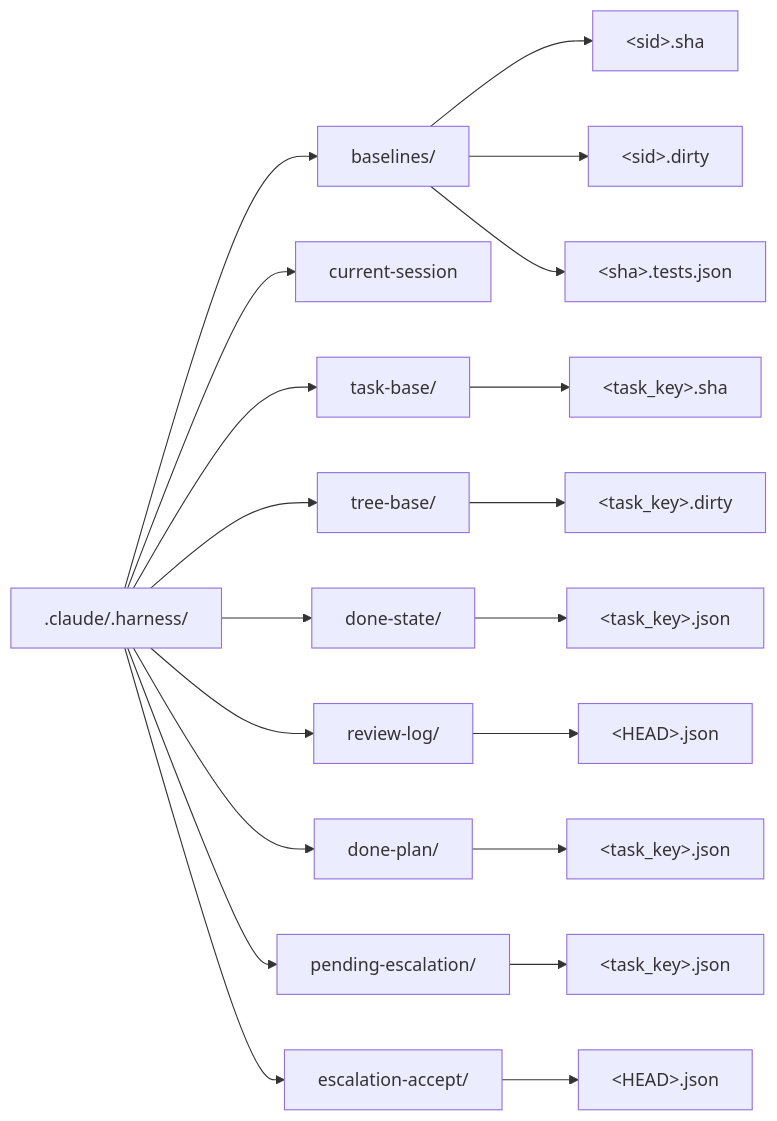
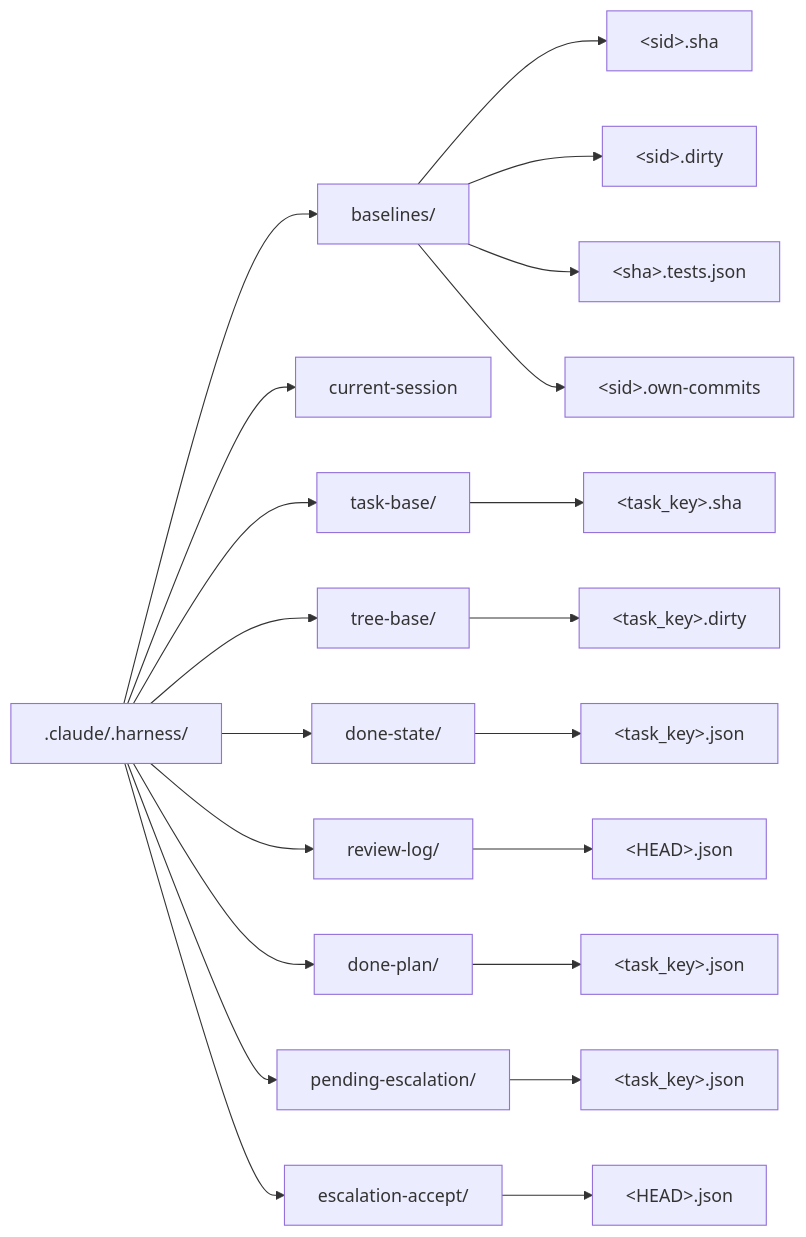
Before and after one commit to pehota/harlo: the tenth of 10 diagrams in docs/architecture.md, drawn with Mermaid. The commit also changed other lines of this file and 2 other files, not shown here.

First line of the commit message:
docs(harness): sync architecture/design for commit-ledger hook; add docs-sync DoD check

````diff
--- a/docs/architecture.md
+++ b/docs/architecture.md
@@ -769,22 +777,23 @@
 ```mermaid
 flowchart LR
   H[".claude/.harness/"] --> BL["baselines/"]
   H --> CS["current-session"]
   H --> TB["task-base/"]
   H --> TRB["tree-base/"]
   H --> DS["done-state/"]
   H --> RL["review-log/"]
   H --> DP["done-plan/"]
   H --> PE["pending-escalation/"]
   H --> EA["escalation-accept/"]
   BL --> B1["&lt;sid&gt;.sha"]
   BL --> B2["&lt;sid&gt;.dirty"]
   BL --> B3["&lt;sha&gt;.tests.json"]
+  BL --> B4["&lt;sid&gt;.own-commits"]
   TB --> T1["&lt;task_key&gt;.sha"]
   TRB --> TR1["&lt;task_key&gt;.dirty"]
   DS --> D1["&lt;task_key&gt;.json"]
   RL --> R1["&lt;HEAD&gt;.json"]
   DP --> DP1["&lt;task_key&gt;.json"]
   PE --> PE1["&lt;task_key&gt;.json"]
   EA --> EA1["&lt;HEAD&gt;.json"]
 ```
````
